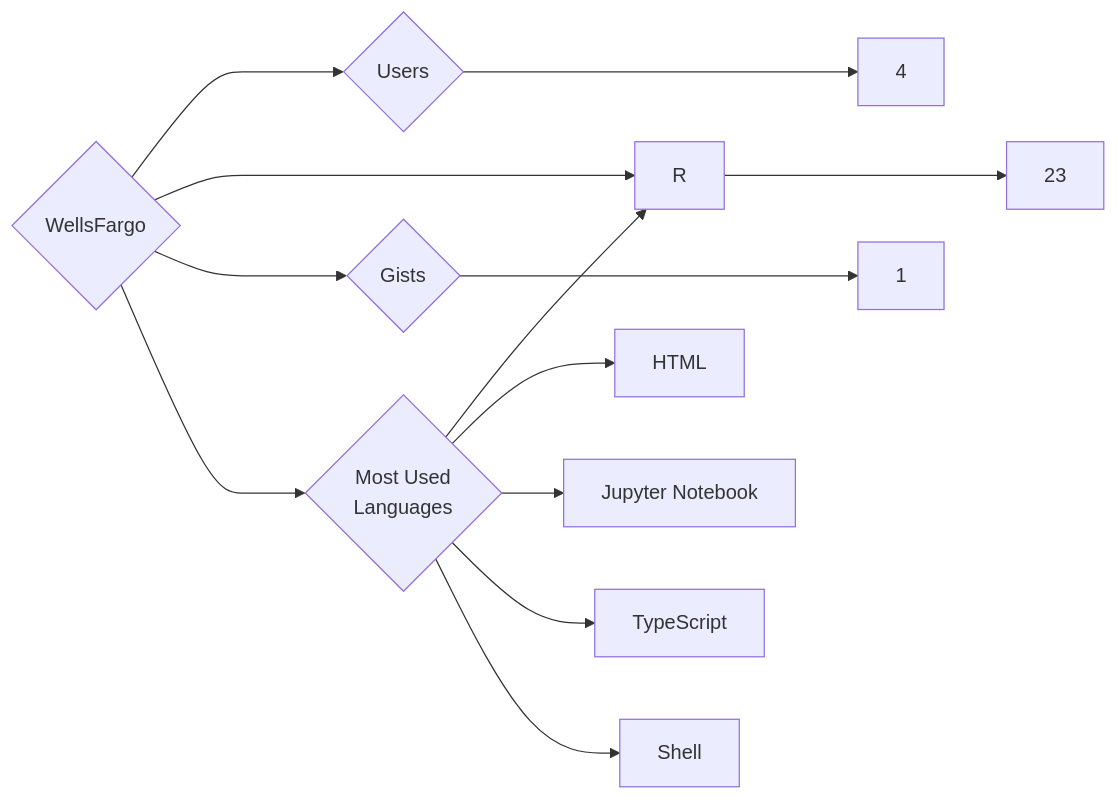
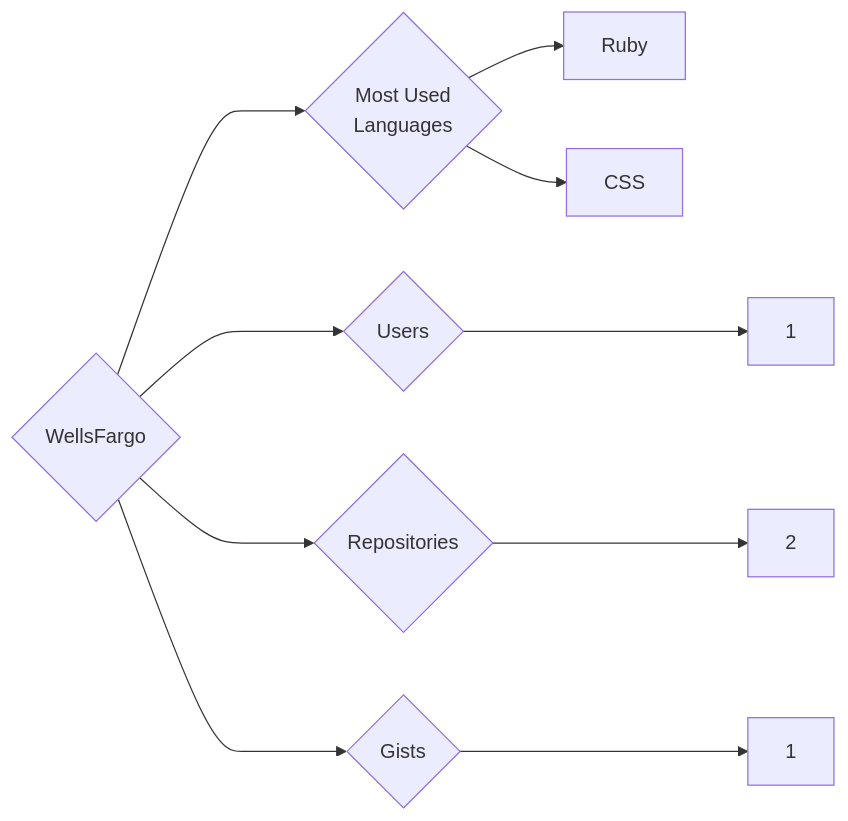
Before and after one commit to trickest/insiders: the diagram in targets/WellsFargo/README.md, drawn with Mermaid. The commit also changed 794 other files, not shown here.

````diff
--- a/targets/WellsFargo/README.md
+++ b/targets/WellsFargo/README.md
@@ -3,13 +3,10 @@
 ```mermaid
 graph LR
 COMPANY_NAME{WellsFargo}
-COMPANY_NAME ---> U{Users} ---> UN[4]
-COMPANY_NAME ---> R{Repositories} ---> RN[23]
+COMPANY_NAME ---> U{Users} ---> UN[1]
+COMPANY_NAME ---> R{Repositories} ---> RN[2]
 COMPANY_NAME ---> G{Gists} ---> GN[1]
 COMPANY_NAME ---> ML{Most Used<br>Languages}
-ML --> R[R]
-ML --> HTML[HTML]
-ML --> Jupyter_Notebook[Jupyter Notebook]
-ML --> TypeScript[TypeScript]
-ML --> Shell[Shell]
+ML --> Ruby[Ruby]
+ML --> CSS[CSS]
 ```
````
